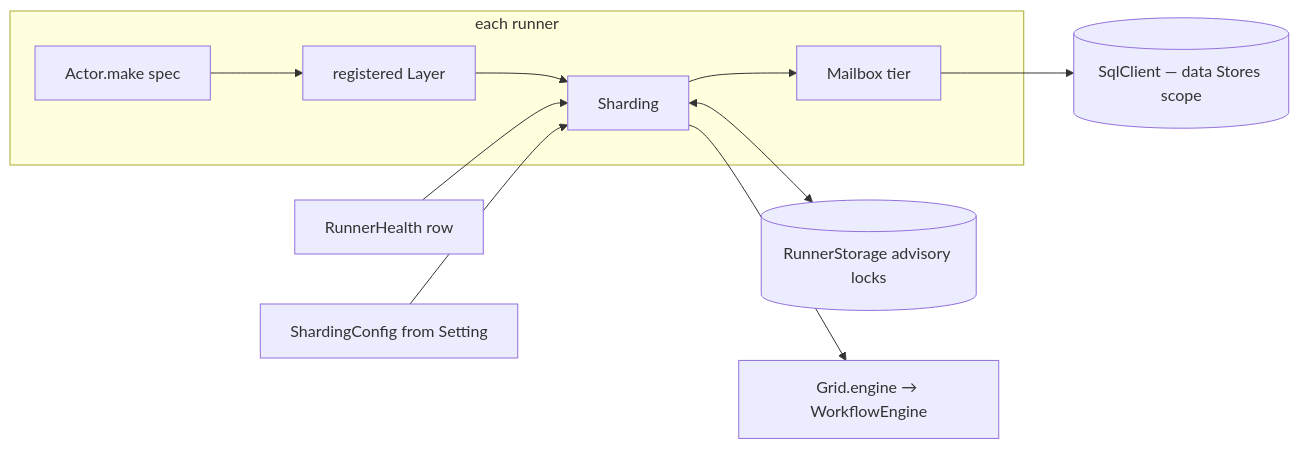
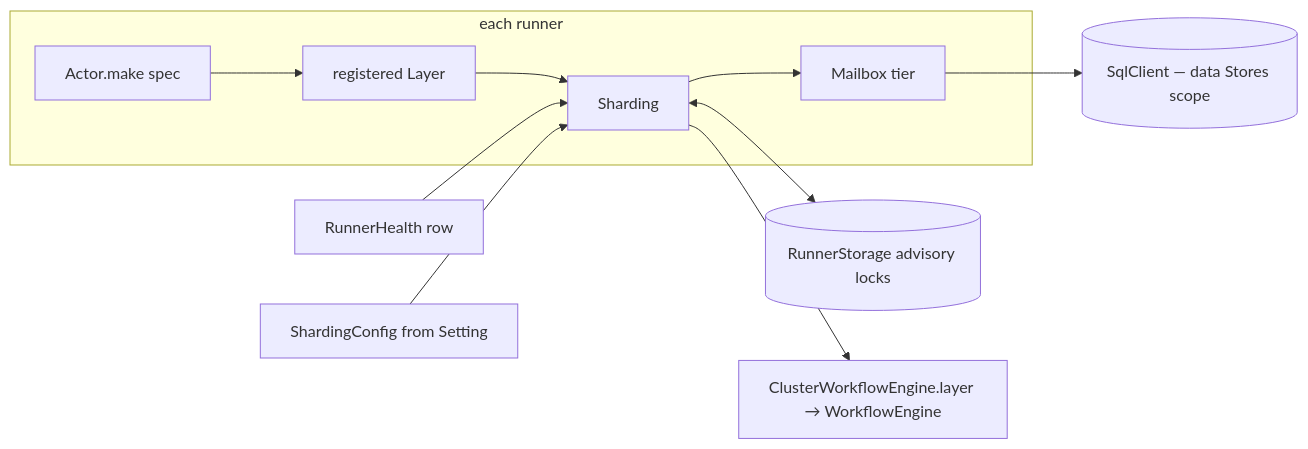
The diagram in libs/typescript/runtime/.planning/work/entity.md (bsamiee/Rasm), drawn with Mermaid before and after one commit. The commit also changed other lines of this file and 128 other files, not shown here.

````diff
--- a/libs/typescript/runtime/.planning/work/entity.md
+++ b/libs/typescript/runtime/.planning/work/entity.md
@@ -207,13 +216,13 @@
 ```mermaid
 flowchart LR
   subgraph runner[each runner]
     A[Actor.make spec] --> B[registered Layer]
     B --> S[Sharding]
     S --> M[Mailbox tier]
   end
   S <--> L[(RunnerStorage advisory locks)]
   M --> Q[(SqlClient — data Stores scope)]
   H[RunnerHealth row] --> S
   E[ShardingConfig from Setting] --> S
-  S --> W[Grid.engine → WorkflowEngine]
+  S --> W[ClusterWorkflowEngine.layer → WorkflowEngine]
 ```
````
